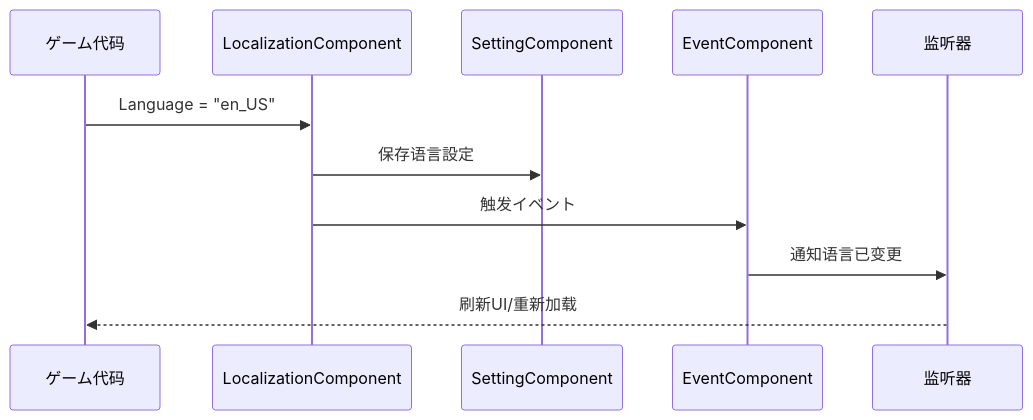
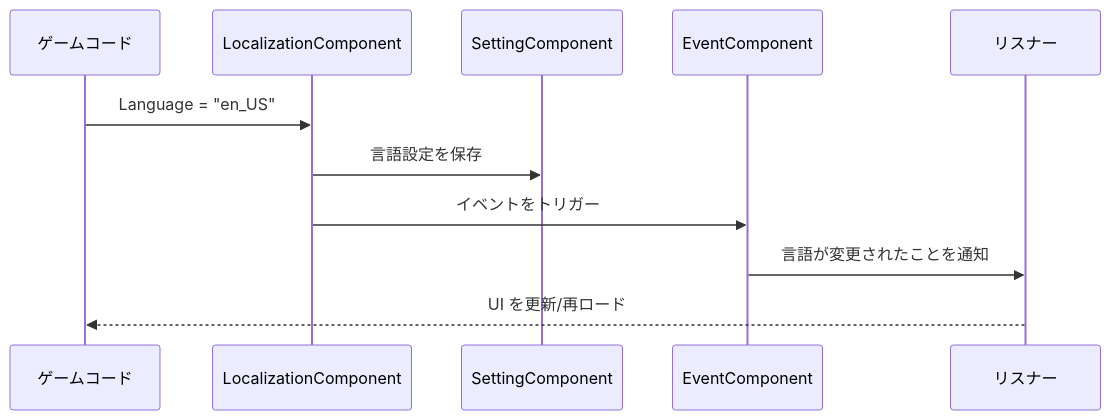
One commit to AlianBlank/GameFrameX.Docs changed the third of 3 diagrams in docs/ja/client/unity/component/localization/03.getting-started.md. Above: the diagram before and after it, drawn with Mermaid. The commit also changed other lines of this file and 320 other files, not shown here.

````diff
--- a/docs/ja/client/unity/component/localization/03.getting-started.md
+++ b/docs/ja/client/unity/component/localization/03.getting-started.md
@@ -65,14 +65,14 @@
 ```mermaid
 sequenceDiagram
-    participant GameCode as ゲーム代码
+    participant GameCode as ゲームコード
     participant LocComp as LocalizationComponent
     participant Setting as SettingComponent
     participant EventSys as EventComponent
-    participant Listeners as 监听器
-    
+    participant Listeners as リスナー
+
     GameCode->>LocComp: Language = "en_US"
-    LocComp->>Setting: 保存语言設定
-    LocComp->>EventSys: 触发イベント
-    EventSys->>Listeners: 通知语言已变更
-    Listeners-->>GameCode: 刷新UI/重新加载
+    LocComp->>Setting: 言語設定を保存
+    LocComp->>EventSys: イベントをトリガー
+    EventSys->>Listeners: 言語が変更されたことを通知
+    Listeners-->>GameCode: UI を更新/再ロード
 ```
````
